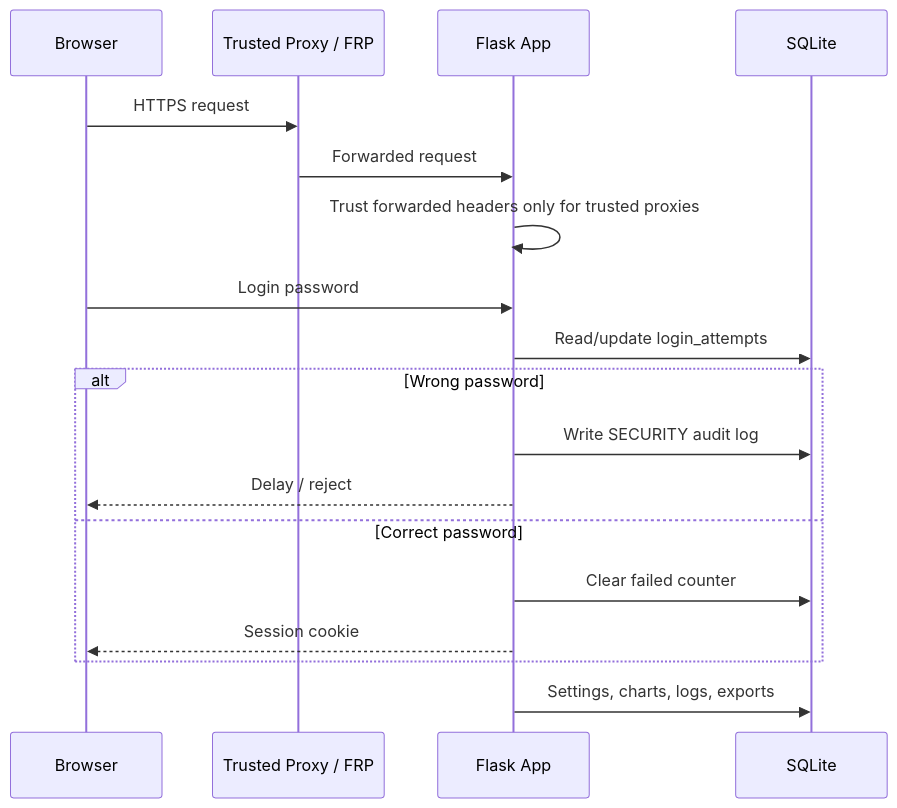
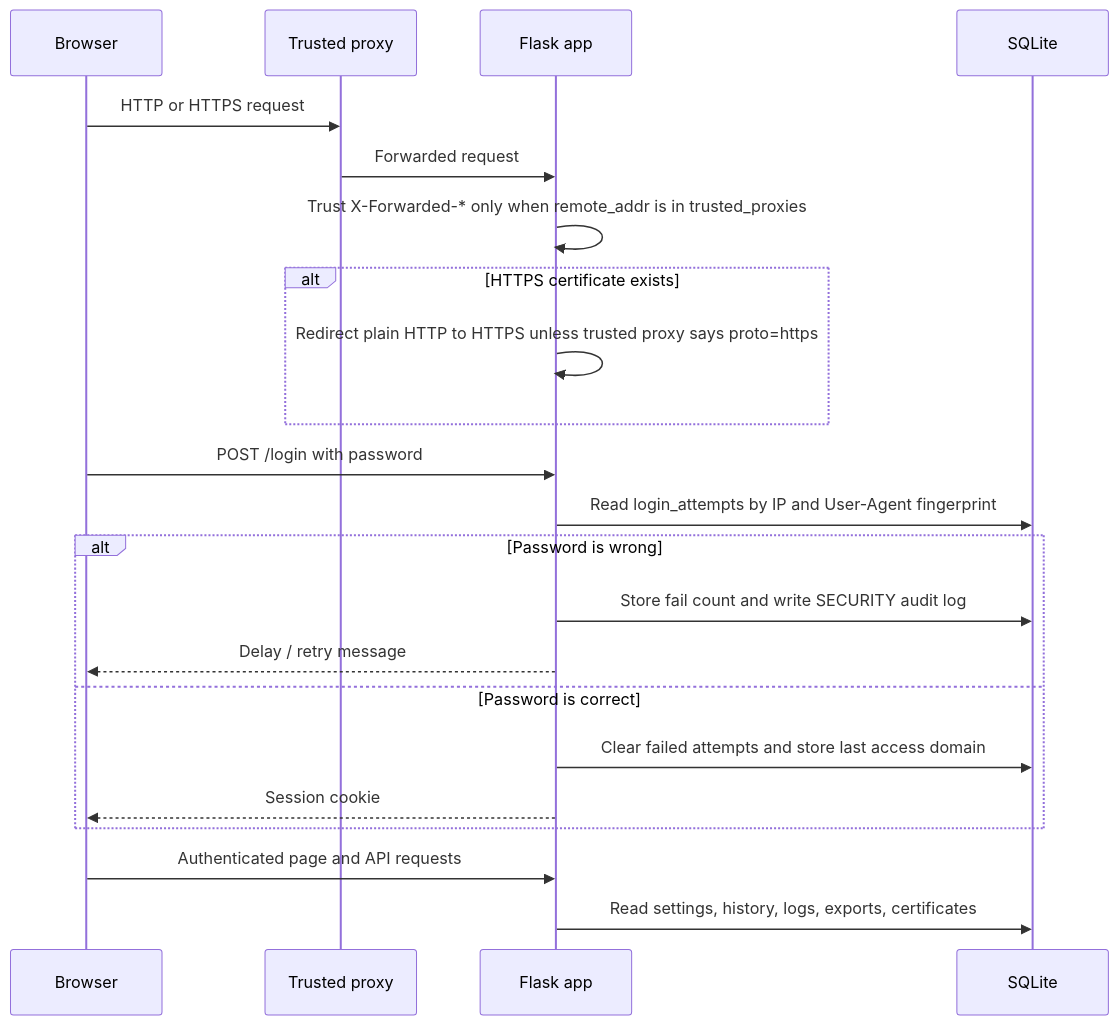
One commit to stlin256/IPMI_WEB changed the third of 5 diagrams in README.md. Above: the diagram before and after it, drawn with Mermaid. The commit also changed other lines of this file and 1 other file, not shown here.

````diff
--- a/README.md
+++ b/README.md
@@ -316,21 +123,25 @@
 ```mermaid
 sequenceDiagram
     participant U as Browser
-    participant P as Trusted Proxy / FRP
-    participant A as Flask App
-    participant DB as SQLite
+    participant P as Trusted proxy
+    participant A as Flask app
+    participant D as SQLite
 
-    U->>P: HTTPS request
+    U->>P: HTTP or HTTPS request
     P->>A: Forwarded request
-    A->>A: Trust forwarded headers only for trusted proxies
-    U->>A: Login password
-    A->>DB: Read/update login_attempts
-    alt Wrong password
-        A->>DB: Write SECURITY audit log
-        A-->>U: Delay / reject
-    else Correct password
-        A->>DB: Clear failed counter
+    A->>A: Trust X-Forwarded-* only when remote_addr is in trusted_proxies
+    alt HTTPS certificate exists
+        A->>A: Redirect plain HTTP to HTTPS unless trusted proxy says proto=https
+    end
+    U->>A: POST /login with password
+    A->>D: Read login_attempts by IP and User-Agent fingerprint
+    alt Password is wrong
+        A->>D: Store fail count and write SECURITY audit log
+        A-->>U: Delay / retry message
+    else Password is correct
+        A->>D: Clear failed attempts and store last access domain
         A-->>U: Session cookie
     end
-    A->>DB: Settings, charts, logs, exports
+    U->>A: Authenticated page and API requests
+    A->>D: Read settings, history, logs, exports, certificates
 ```
````
